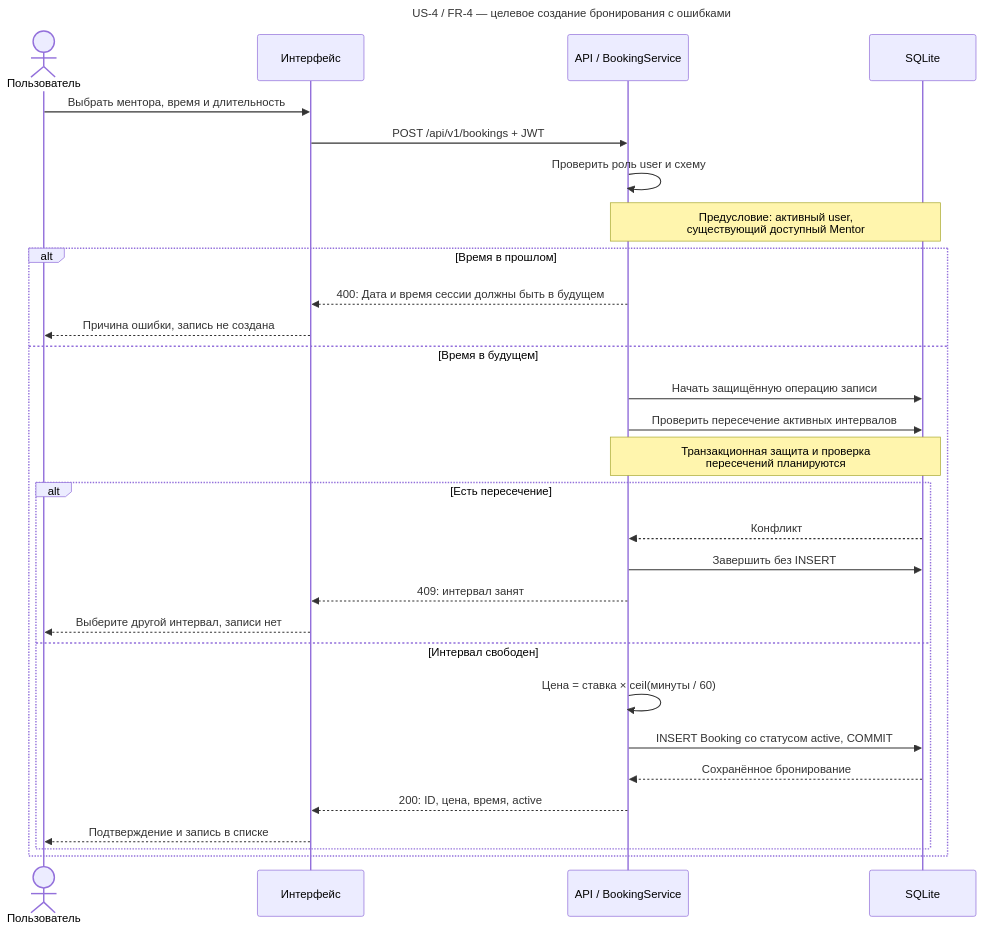
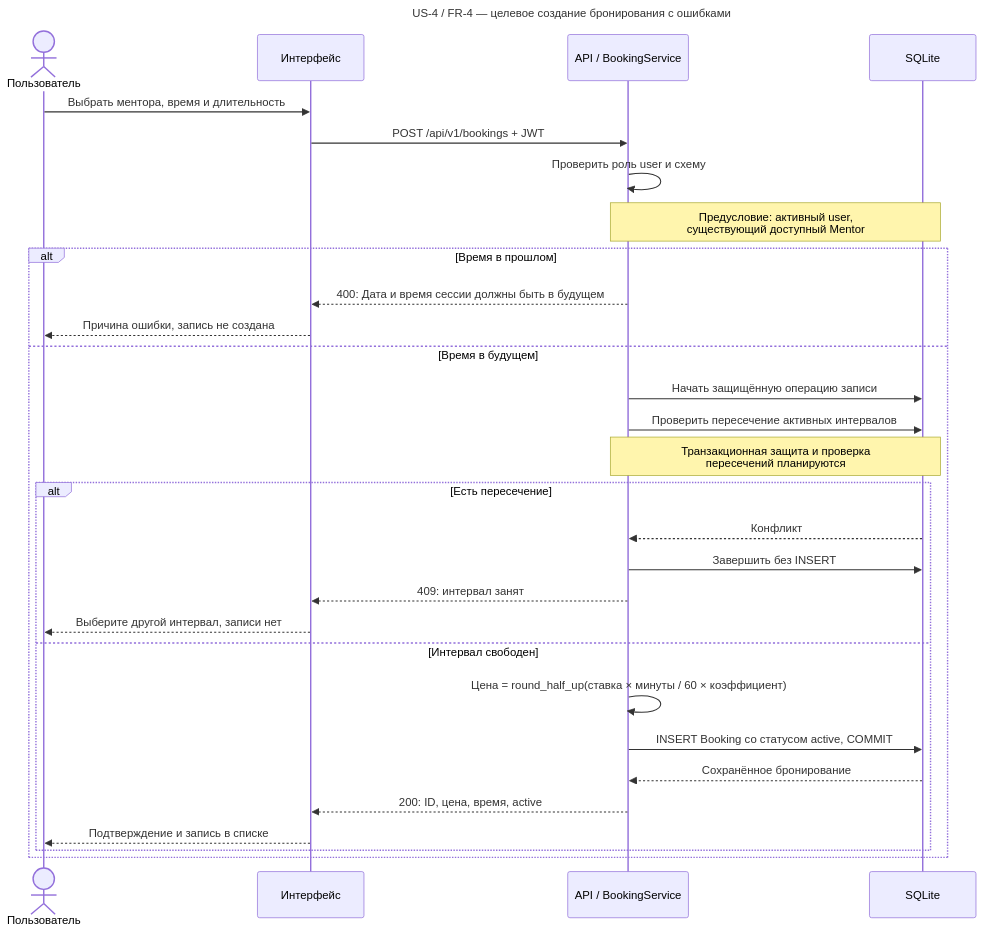
One commit to wixucys/yogavibe changed the diagram in docs/diagrams/04-sequence-booking.mmd. Above: the diagram before and after it, drawn with Mermaid. The commit also changed 9 other files, not shown here.

```diff
--- a/docs/diagrams/04-sequence-booking.mmd
+++ b/docs/diagrams/04-sequence-booking.mmd
@@ -1,32 +1,32 @@
 ---
 title: US-4 / FR-4 — целевое создание бронирования с ошибками
 ---
 sequenceDiagram
     actor U as Пользователь
     participant UI as Интерфейс
     participant API as API / BookingService
     participant DB as SQLite
     U->>UI: Выбрать ментора, время и длительность
     UI->>API: POST /api/v1/bookings + JWT
     API->>API: Проверить роль user и схему
     Note over API,DB: Предусловие: активный user,<br/>существующий доступный Mentor
     alt Время в прошлом
         API-->>UI: 400: Дата и время сессии должны быть в будущем
         UI-->>U: Причина ошибки, запись не создана
     else Время в будущем
         API->>DB: Начать защищённую операцию записи
         API->>DB: Проверить пересечение активных интервалов
         Note over API,DB: Транзакционная защита и проверка<br/>пересечений планируются
         alt Есть пересечение
             DB-->>API: Конфликт
             API->>DB: Завершить без INSERT
             API-->>UI: 409: интервал занят
             UI-->>U: Выберите другой интервал, записи нет
         else Интервал свободен
-            API->>API: Цена = ставка × ceil(минуты / 60)
+            API->>API: Цена = round_half_up(ставка × минуты / 60 × коэффициент)
             API->>DB: INSERT Booking со статусом active, COMMIT
             DB-->>API: Сохранённое бронирование
             API-->>UI: 200: ID, цена, время, active
             UI-->>U: Подтверждение и запись в списке
         end
     end
```
